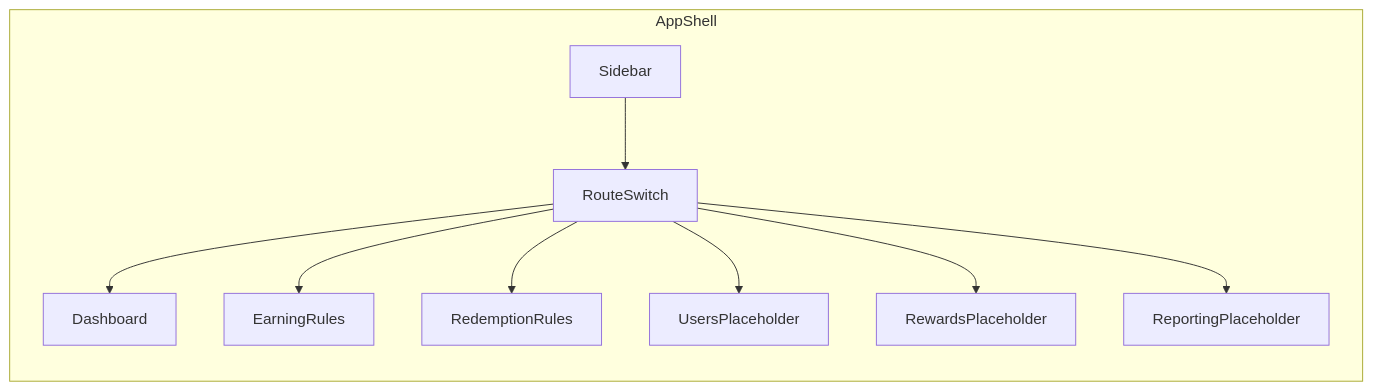
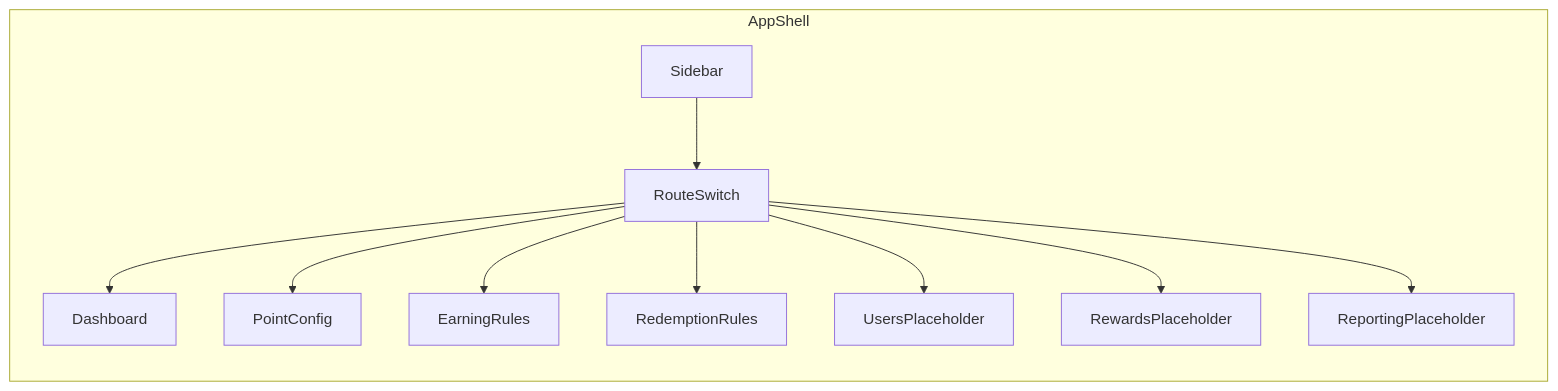
The first of 2 diagrams in FEATURES.md (possiblydhila/BO-UL), drawn with Mermaid before and after one commit. The commit also changed other lines of this file and 9 other files, not shown here.

````diff
--- a/FEATURES.md
+++ b/FEATURES.md
@@ -66,12 +67,13 @@
 ```mermaid
 flowchart LR
   subgraph shell [AppShell]
     Sidebar --> RouteSwitch
     RouteSwitch --> Dashboard
+    RouteSwitch --> PointConfig
     RouteSwitch --> EarningRules
     RouteSwitch --> RedemptionRules
     RouteSwitch --> UsersPlaceholder
     RouteSwitch --> RewardsPlaceholder
     RouteSwitch --> ReportingPlaceholder
   end
 ```
````
